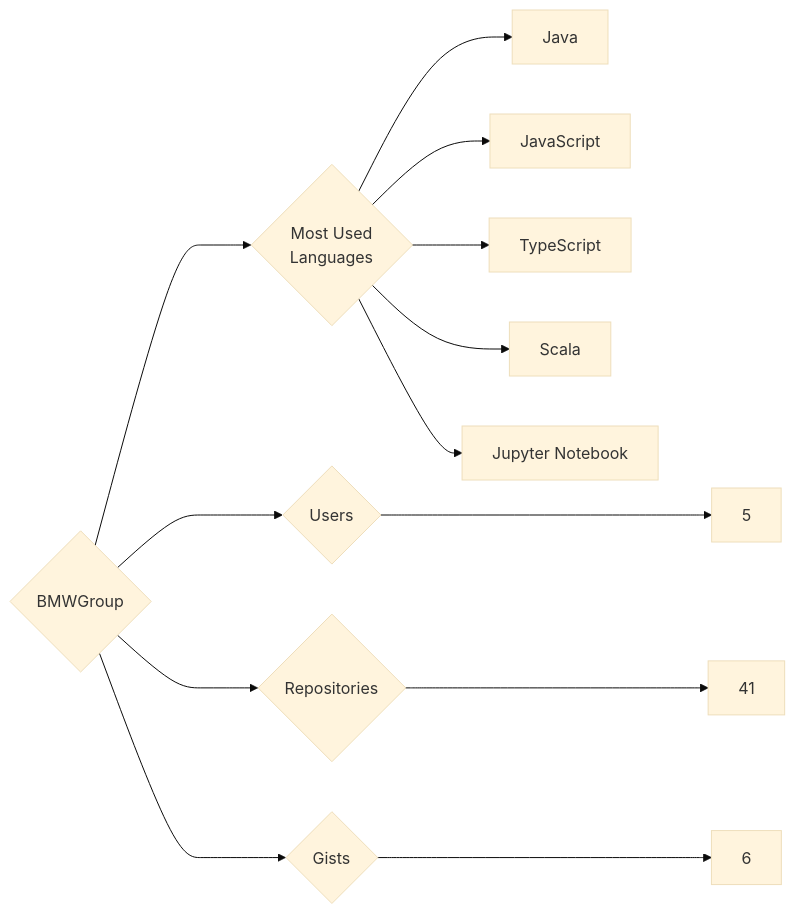
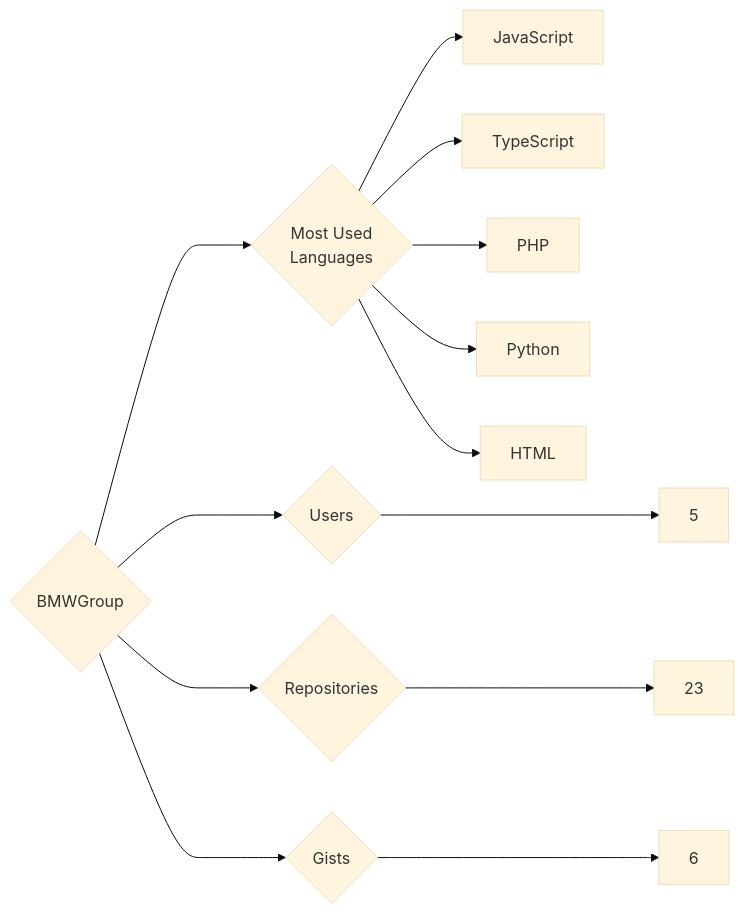
The diagram in targets/BMWGroup/README.md (trickest/insiders), drawn with Mermaid (base theme) before and after one commit. The commit also changed 724 other files, not shown here.

````diff
--- a/targets/BMWGroup/README.md
+++ b/targets/BMWGroup/README.md
@@ -3,13 +3,13 @@
 ```mermaid
 graph LR
 COMPANY_NAME{BMWGroup}
 COMPANY_NAME ---> U{Users} ---> UN[5]
-COMPANY_NAME ---> R{Repositories} ---> RN[41]
+COMPANY_NAME ---> R{Repositories} ---> RN[23]
 COMPANY_NAME ---> G{Gists} ---> GN[6]
 COMPANY_NAME ---> ML{Most Used<br>Languages}
-ML --> Java[Java]
 ML --> JavaScript[JavaScript]
 ML --> TypeScript[TypeScript]
-ML --> Scala[Scala]
-ML --> Jupyter_Notebook[Jupyter Notebook]
+ML --> PHP[PHP]
+ML --> Python[Python]
+ML --> HTML[HTML]
 ```
````
